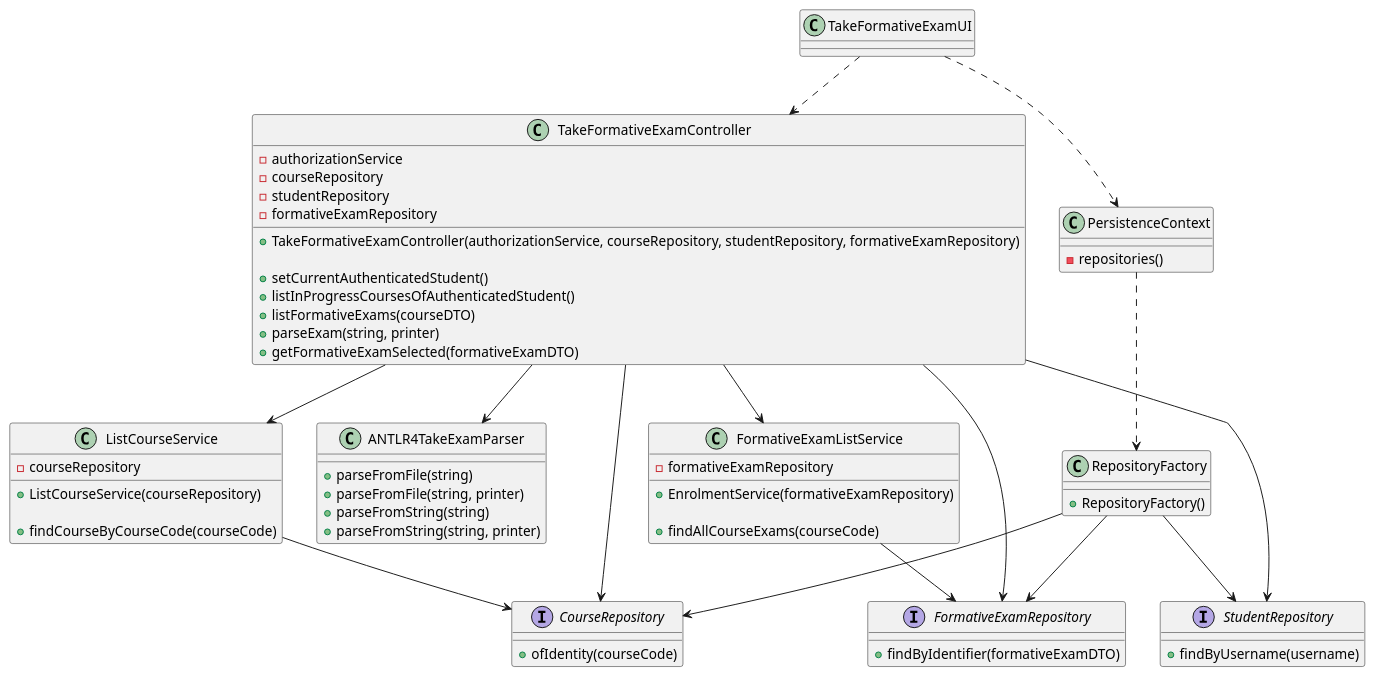
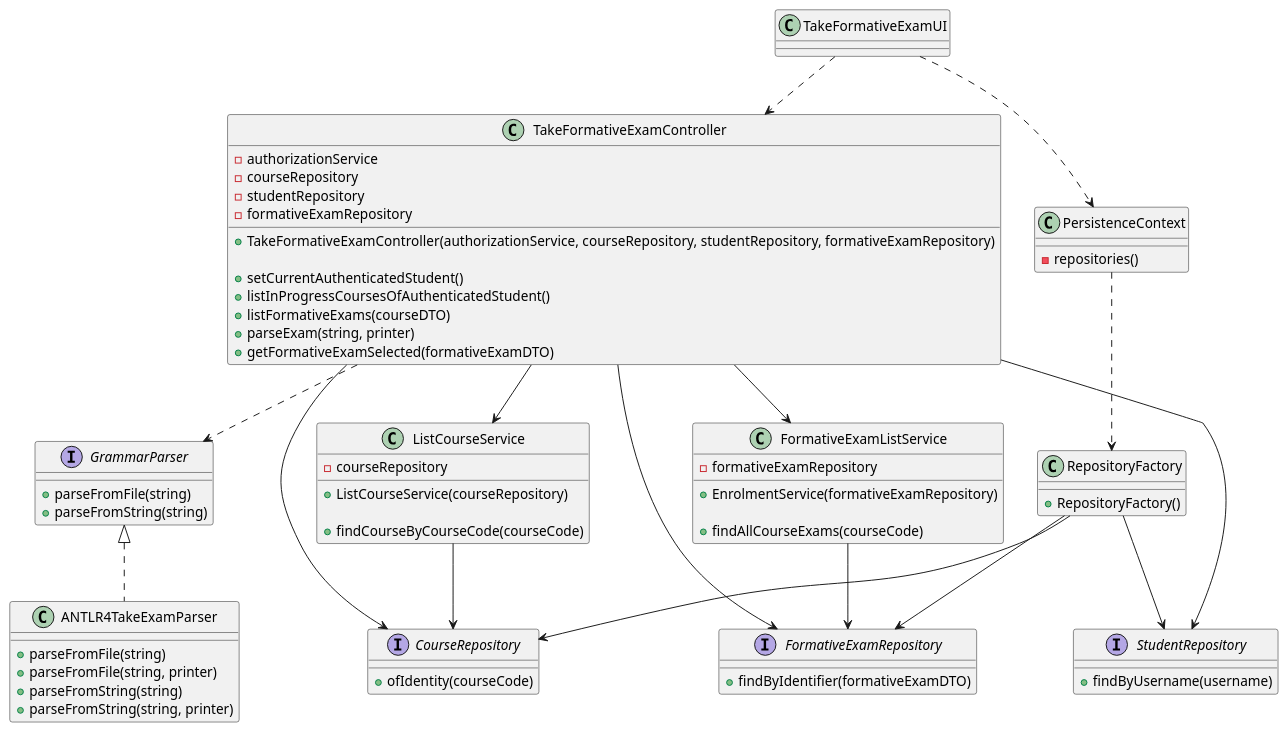
The diagram in docs/sprint-c/us39-2009/US2009_CD.puml (miseEnPlace-dev/lapr4), drawn with PlantUML before and after one commit. The commit also changed 2 other files, not shown here.

```diff
--- a/docs/sprint-c/us39-2009/US2009_CD.puml
+++ b/docs/sprint-c/us39-2009/US2009_CD.puml
@@ -1,84 +1,91 @@
 @startuml US2009_CD
 
 class TakeFormativeExamUI {}
 
 class TakeFormativeExamController {
 - authorizationService
 - courseRepository
 - studentRepository
 - formativeExamRepository
 
 + TakeFormativeExamController(authorizationService, courseRepository, studentRepository, formativeExamRepository)
 
 + setCurrentAuthenticatedStudent()
 + listInProgressCoursesOfAuthenticatedStudent()
 + listFormativeExams(courseDTO)
 + parseExam(string, printer)
 + getFormativeExamSelected(formativeExamDTO)
+}
+
+interface GrammarParser {
+  + parseFromFile(string)
+  + parseFromString(string)
 }
 
 class ANTLR4TakeExamParser {
 
   + parseFromFile(string)
   + parseFromFile(string, printer)
   + parseFromString(string)
   + parseFromString(string, printer)
 }
 
 class ListCourseService {
 - courseRepository
 
 + ListCourseService(courseRepository)
 
 + findCourseByCourseCode(courseCode)
 }
 
 class FormativeExamListService {
 - formativeExamRepository
 
 + EnrolmentService(formativeExamRepository)
 
 + findAllCourseExams(courseCode)
 }
 
 interface FormativeExamRepository {
   + findByIdentifier(formativeExamDTO)
 }
 
 interface CourseRepository {
   + ofIdentity(courseCode)
 }
 
 interface StudentRepository {
   + findByUsername(username)
 }
 
 class RepositoryFactory {
   + RepositoryFactory()
 }
 
 class PersistenceContext {
   - repositories()
 }
 
 TakeFormativeExamUI ..> TakeFormativeExamController
 TakeFormativeExamUI ..> PersistenceContext
 PersistenceContext ..> RepositoryFactory
 
 RepositoryFactory --> CourseRepository
 RepositoryFactory --> FormativeExamRepository
 RepositoryFactory --> StudentRepository
 
-TakeFormativeExamController --> ANTLR4TakeExamParser
+TakeFormativeExamController ..> GrammarParser
 TakeFormativeExamController --> ListCourseService
 TakeFormativeExamController --> FormativeExamListService
 TakeFormativeExamController --> FormativeExamRepository
 TakeFormativeExamController --> CourseRepository
 TakeFormativeExamController --> StudentRepository
+
+GrammarParser <|.. ANTLR4TakeExamParser
 
 ListCourseService --> CourseRepository
 
 FormativeExamListService --> FormativeExamRepository
 
 
 @enduml
```
